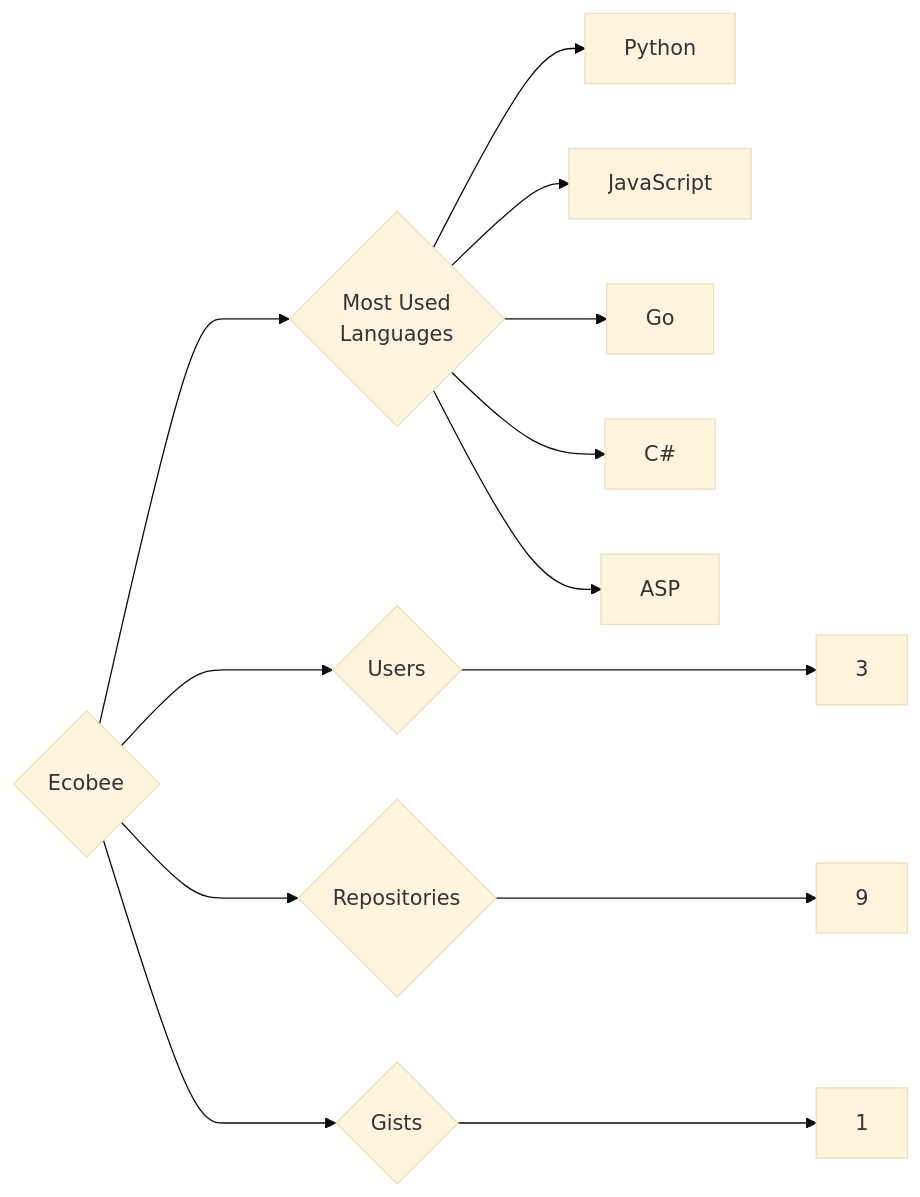
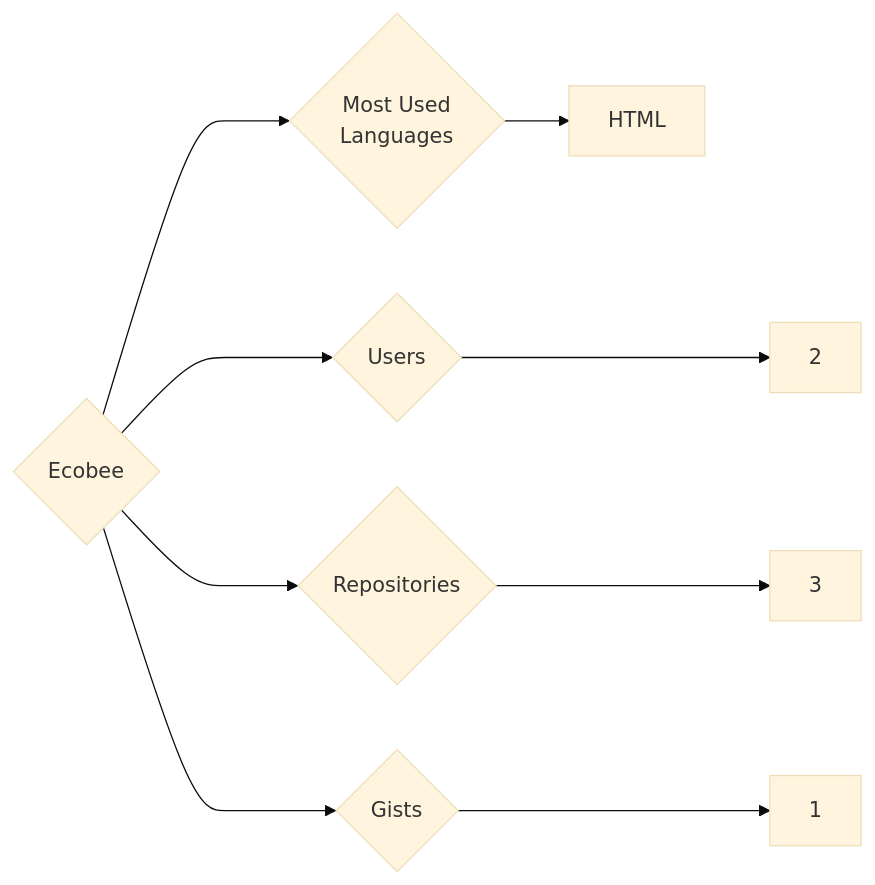
Before and after one commit to trickest/insiders: the diagram in targets/Ecobee/README.md, drawn with Mermaid (base theme). The commit also changed 1089 other files, not shown here.

````diff
--- a/targets/Ecobee/README.md
+++ b/targets/Ecobee/README.md
@@ -3,13 +3,9 @@
 ```mermaid
 graph LR
 COMPANY_NAME{Ecobee}
-COMPANY_NAME ---> U{Users} ---> UN[3]
-COMPANY_NAME ---> R{Repositories} ---> RN[9]
+COMPANY_NAME ---> U{Users} ---> UN[2]
+COMPANY_NAME ---> R{Repositories} ---> RN[3]
 COMPANY_NAME ---> G{Gists} ---> GN[1]
 COMPANY_NAME ---> ML{Most Used<br>Languages}
-ML --> Python[Python]
-ML --> JavaScript[JavaScript]
-ML --> Go[Go]
-ML --> C#[C#]
-ML --> ASP[ASP]
+ML --> HTML[HTML]
 ```
````
